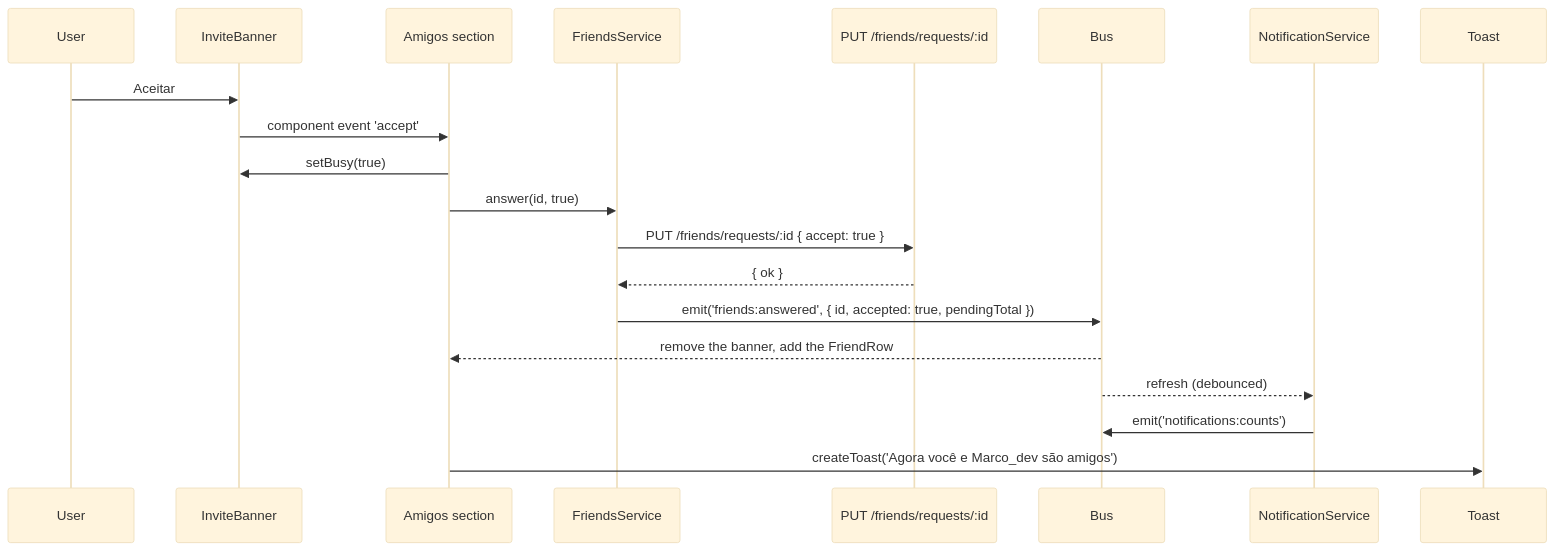
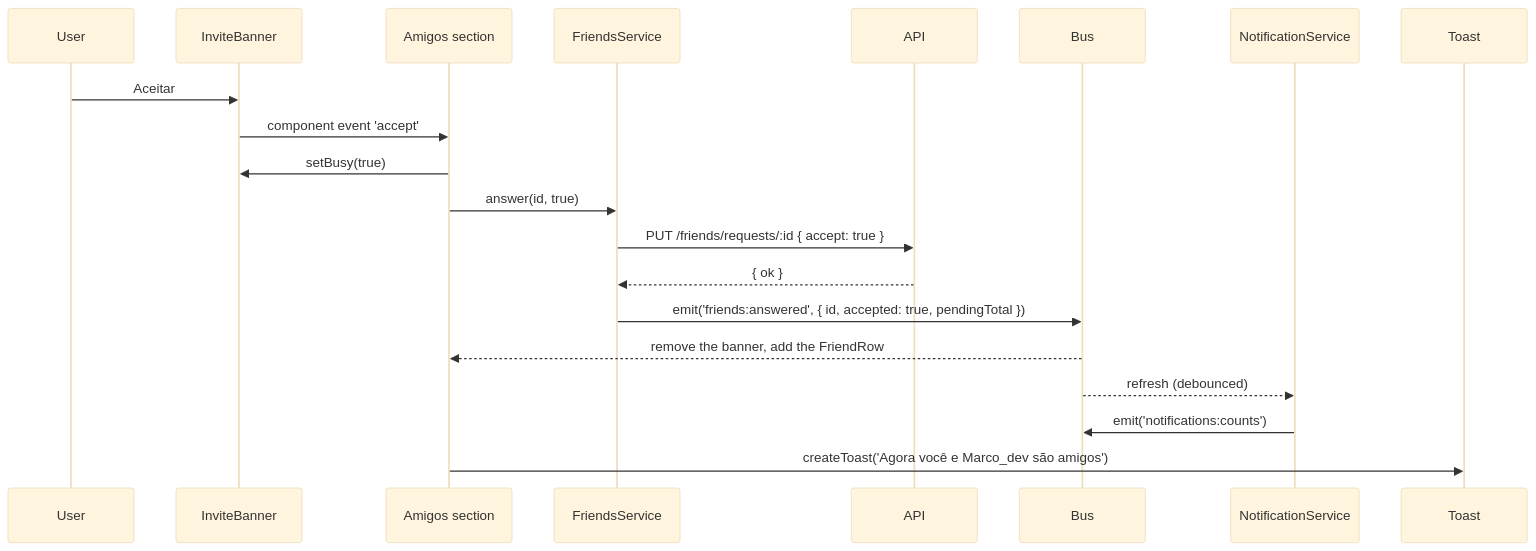
Before and after one commit to werlang/gladCode2: the sixth of 8 diagrams in docs/frontend/events.md, drawn with Mermaid (base theme). The commit also changed other lines of this file, not shown here.

Commit message:
docs: simplify the event-flow diagrams

````diff
--- a/docs/frontend/events.md
+++ b/docs/frontend/events.md
@@ -290,21 +292,22 @@
 ```mermaid
 sequenceDiagram
     participant User
     participant Banner as InviteBanner
     participant Section as Amigos section
     participant Svc as FriendsService
-    participant API as PUT /friends/requests/:id
+    participant API
     participant Bus
     participant Notif as NotificationService
+    participant Toast
     User->>Banner: Aceitar
     Banner->>Section: component event 'accept'
     Section->>Banner: setBusy(true)
     Section->>Svc: answer(id, true)
     Svc->>API: PUT /friends/requests/:id { accept: true }
     API-->>Svc: { ok }
     Svc->>Bus: emit('friends:answered', { id, accepted: true, pendingTotal })
     Bus-->>Section: remove the banner, add the FriendRow
     Bus-->>Notif: refresh (debounced)
     Notif->>Bus: emit('notifications:counts')
     Section->>Toast: createToast('Agora você e Marco_dev são amigos')
 ```
````
